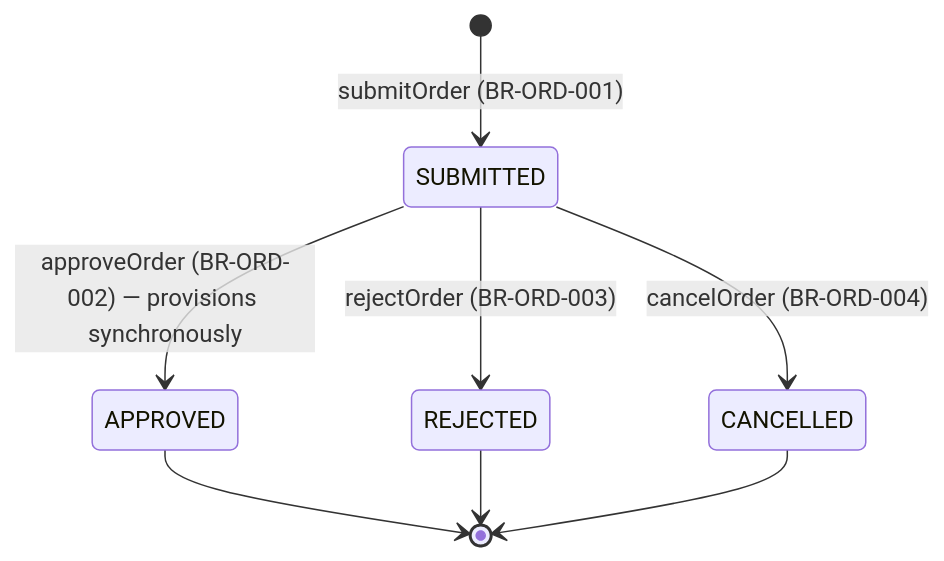
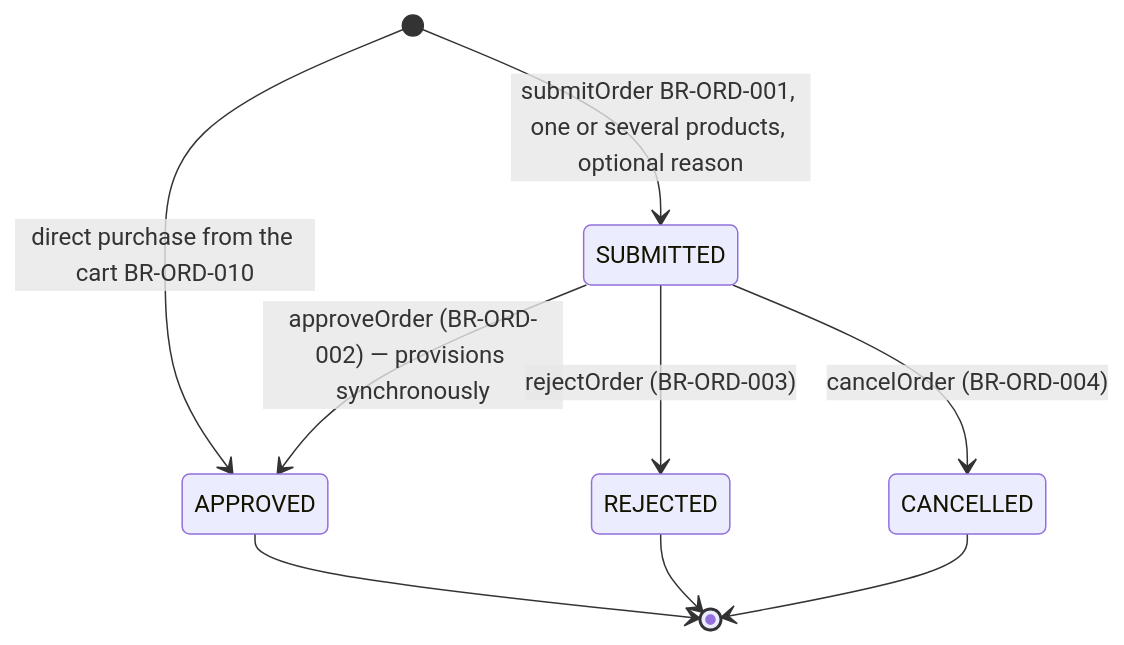
One commit to evyoog/Enterprise-Intelligence-Suite changed the diagram in docs/02-requirements/FRD/order-lifecycle/workflow.md. Above: the diagram before and after it, drawn with Mermaid. The commit also changed other lines of this file and 82 other files, not shown here.

````diff
--- a/docs/02-requirements/FRD/order-lifecycle/workflow.md
+++ b/docs/02-requirements/FRD/order-lifecycle/workflow.md
@@ -4,10 +4,11 @@
 ```mermaid
 stateDiagram-v2
-    [*] --> SUBMITTED: submitOrder (BR-ORD-001)
+    [*] --> SUBMITTED: submitOrder BR-ORD-001, one or several products, optional reason
+    [*] --> APPROVED: direct purchase from the cart BR-ORD-010
     SUBMITTED --> APPROVED: approveOrder (BR-ORD-002) — provisions synchronously
     SUBMITTED --> REJECTED: rejectOrder (BR-ORD-003)
     SUBMITTED --> CANCELLED: cancelOrder (BR-ORD-004)
     APPROVED --> [*]
     REJECTED --> [*]
     CANCELLED --> [*]
 ```
````
